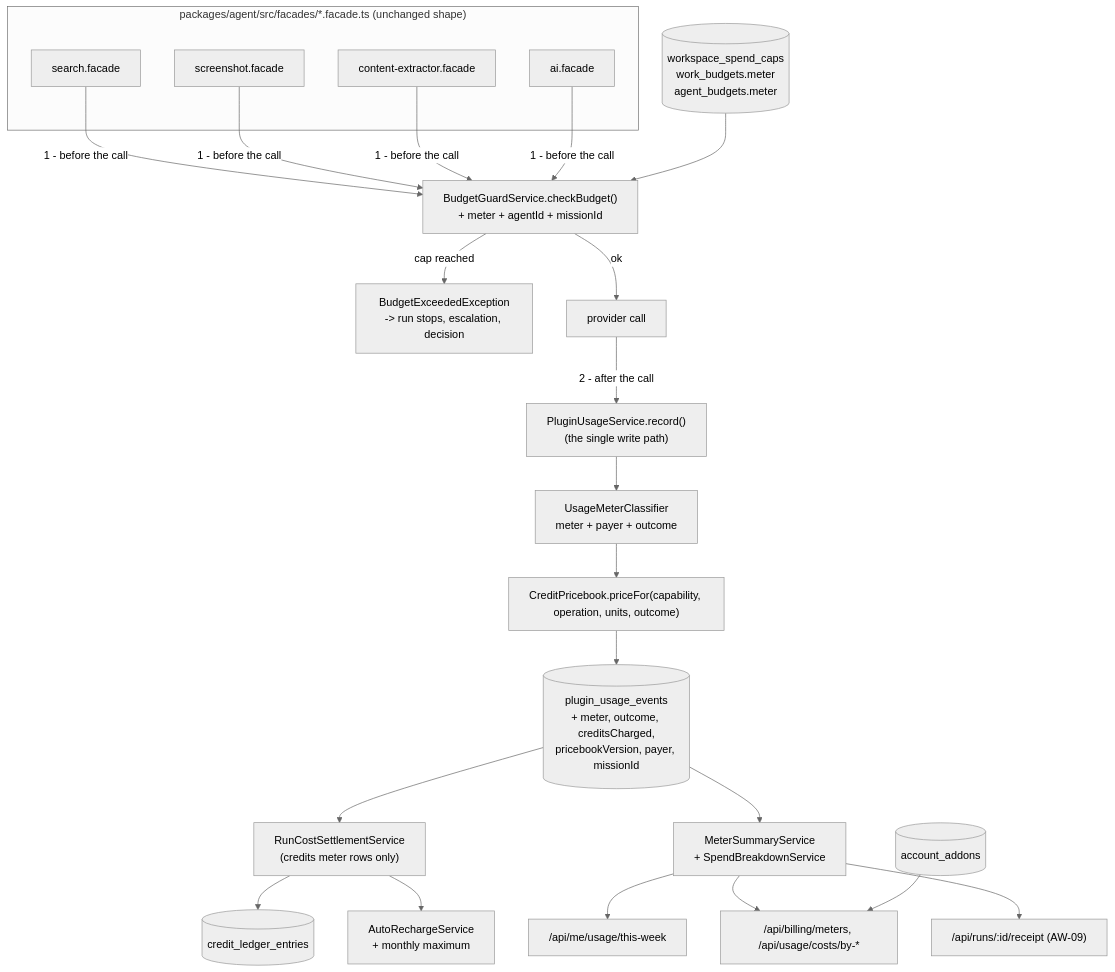
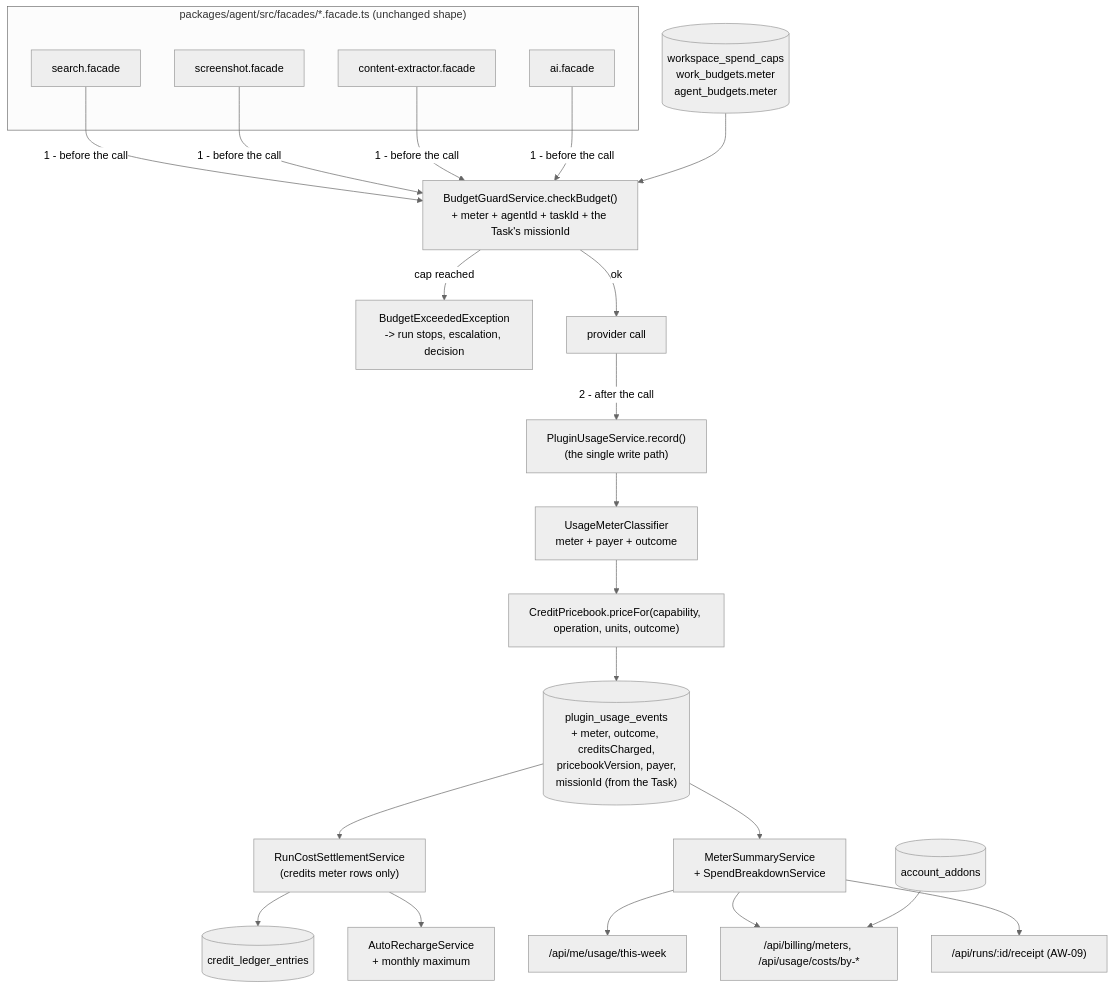
The diagram in docs/specs/features/agent-workspace/AW-17-costs-caps/plan.md (ever-works/ever-works), drawn with Mermaid (neutral theme) before and after one commit. The commit also changed other lines of this file and 25 other files, not shown here.

````diff
--- a/docs/specs/features/agent-workspace/AW-17-costs-caps/plan.md
+++ b/docs/specs/features/agent-workspace/AW-17-costs-caps/plan.md
@@ -111,30 +112,30 @@
 ```mermaid
 flowchart TB
     subgraph facades["packages/agent/src/facades/*.facade.ts (unchanged shape)"]
         F1[search.facade]
         F2[screenshot.facade]
         F3[content-extractor.facade]
         F4[ai.facade]
     end
 
-    F1 & F2 & F3 & F4 -->|"1 - before the call"| GUARD["BudgetGuardService.checkBudget()<br/>+ meter + agentId + missionId"]
+    F1 & F2 & F3 & F4 -->|"1 - before the call"| GUARD["BudgetGuardService.checkBudget()<br/>+ meter + agentId + taskId + the Task's missionId"]
     GUARD -->|"cap reached"| REFUSE["BudgetExceededException<br/>-> run stops, escalation, decision"]
     GUARD -->|"ok"| CALL[provider call]
     CALL -->|"2 - after the call"| REC["PluginUsageService.record()<br/>(the single write path)"]
 
     REC --> CLASS["UsageMeterClassifier<br/>meter + payer + outcome"]
     CLASS --> PRICE["CreditPricebook.priceFor(capability, operation, units, outcome)"]
-    PRICE --> ROW[("plugin_usage_events<br/>+ meter, outcome, creditsCharged,<br/>pricebookVersion, payer, missionId")]
+    PRICE --> ROW[("plugin_usage_events<br/>+ meter, outcome, creditsCharged,<br/>pricebookVersion, payer,<br/>missionId (from the Task)")]
 
     ROW --> SETTLE["RunCostSettlementService<br/>(credits meter rows only)"]
     SETTLE --> LEDGER[("credit_ledger_entries")]
     SETTLE --> AR["AutoRechargeService<br/>+ monthly maximum"]
 
     ROW --> READ["MeterSummaryService<br/>+ SpendBreakdownService"]
     READ --> HOME["/api/me/usage/this-week"]
     READ --> BILL["/api/billing/meters, /api/usage/costs/by-*"]
     READ --> RECEIPT["/api/runs/:id/receipt (AW-09)"]
 
     CAPS[("workspace_spend_caps<br/>work_budgets.meter<br/>agent_budgets.meter")] --> GUARD
     ADDONS[("account_addons")] --> BILL
 ```
````
